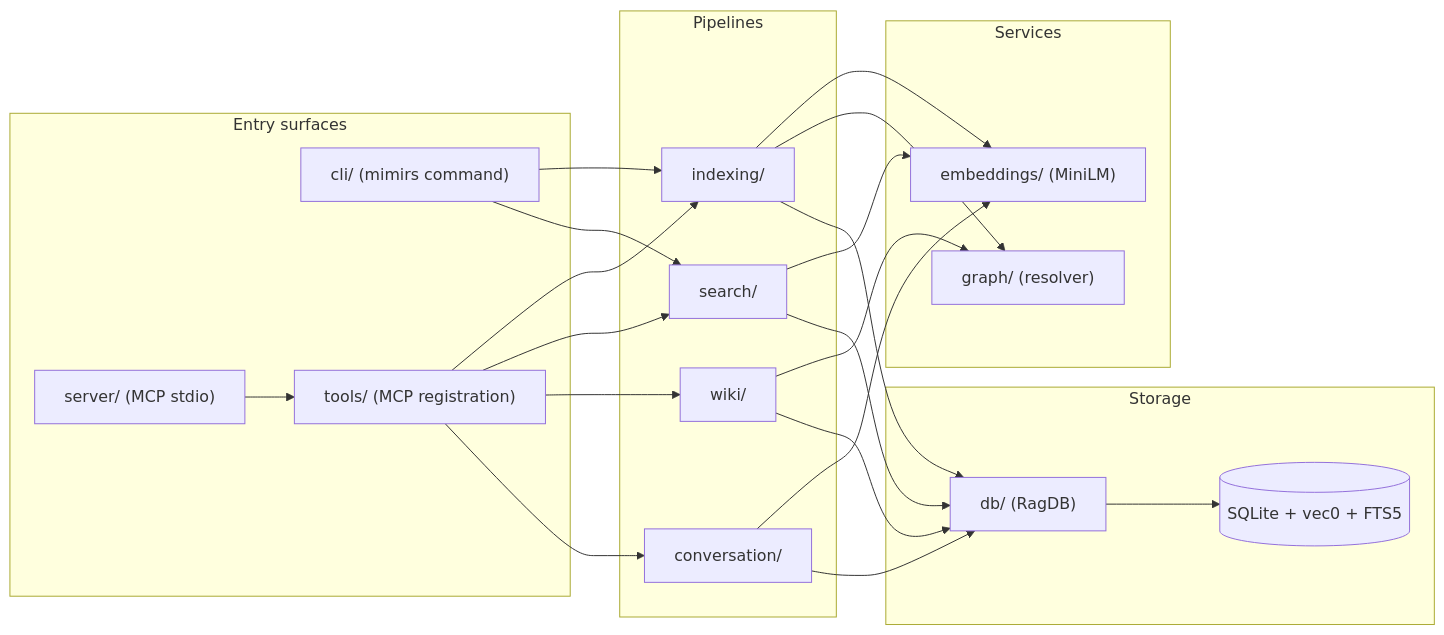
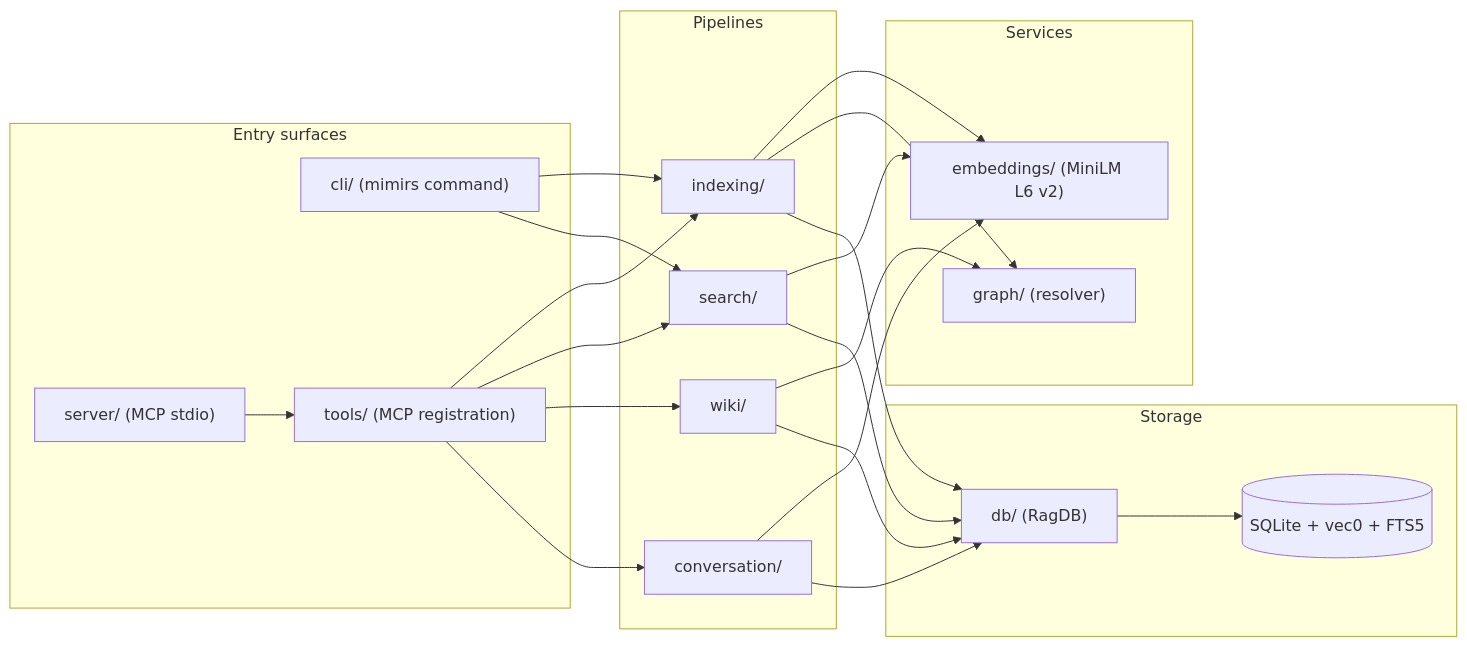
The first of 2 diagrams in wiki/architecture.md (TheWinci/mimirs), drawn with Mermaid before and after one commit. The commit also changed other lines of this file and 33 other files, not shown here.

````diff
--- a/wiki/architecture.md
+++ b/wiki/architecture.md
@@ -9,40 +9,40 @@
 ```mermaid
 flowchart LR
   subgraph Surface["Entry surfaces"]
-    cli["cli/ (mimirs command)"]
+    cli_mod["cli/ (mimirs command)"]
     mcp["server/ (MCP stdio)"]
-    tools["tools/ (MCP registration)"]
+    tools_mod["tools/ (MCP registration)"]
   end
   subgraph Pipelines["Pipelines"]
     indexing["indexing/"]
-    search["search/"]
-    wiki["wiki/"]
+    search_mod["search/"]
+    wiki_mod["wiki/"]
     conv["conversation/"]
   end
   subgraph Services["Services"]
-    embed["embeddings/ (MiniLM)"]
-    graphmod["graph/ (resolver)"]
+    embed["embeddings/ (MiniLM L6 v2)"]
+    graph_mod["graph/ (resolver)"]
   end
   subgraph Store["Storage"]
-    db["db/ (RagDB)"]
+    db_mod["db/ (RagDB)"]
     sqlite[("SQLite + vec0 + FTS5")]
   end
 
-  mcp --> tools
-  cli --> indexing
-  cli --> search
-  tools --> indexing
-  tools --> search
-  tools --> wiki
-  tools --> conv
+  mcp --> tools_mod
+  cli_mod --> indexing
+  cli_mod --> search_mod
+  tools_mod --> indexing
+  tools_mod --> search_mod
+  tools_mod --> wiki_mod
+  tools_mod --> conv
   indexing --> embed
-  indexing --> graphmod
-  search --> embed
-  wiki --> graphmod
+  indexing --> graph_mod
+  search_mod --> embed
+  wiki_mod --> graph_mod
   conv --> embed
-  indexing --> db
-  search --> db
-  wiki --> db
-  conv --> db
-  db --> sqlite
+  indexing --> db_mod
+  search_mod --> db_mod
+  wiki_mod --> db_mod
+  conv --> db_mod
+  db_mod --> sqlite
 ```
````
